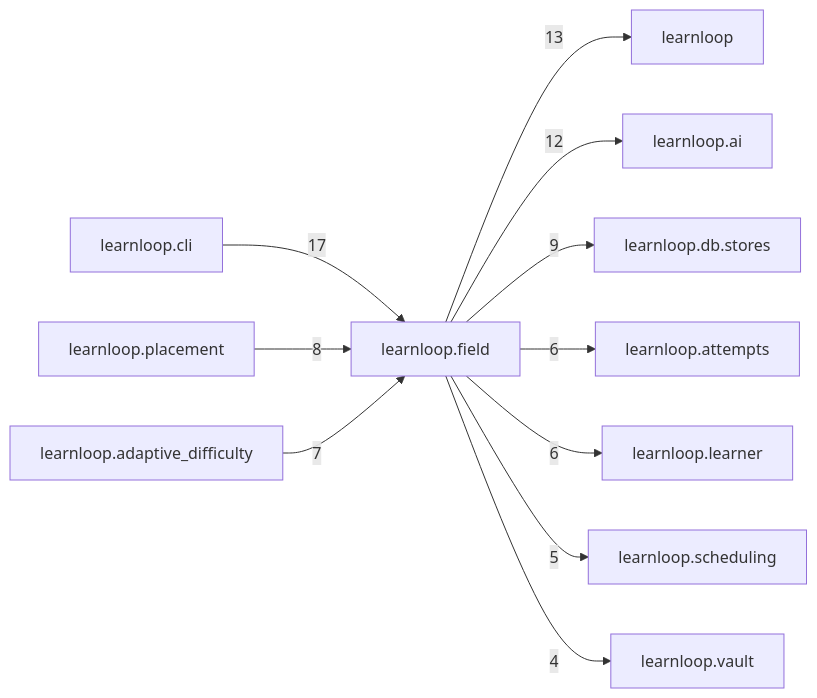
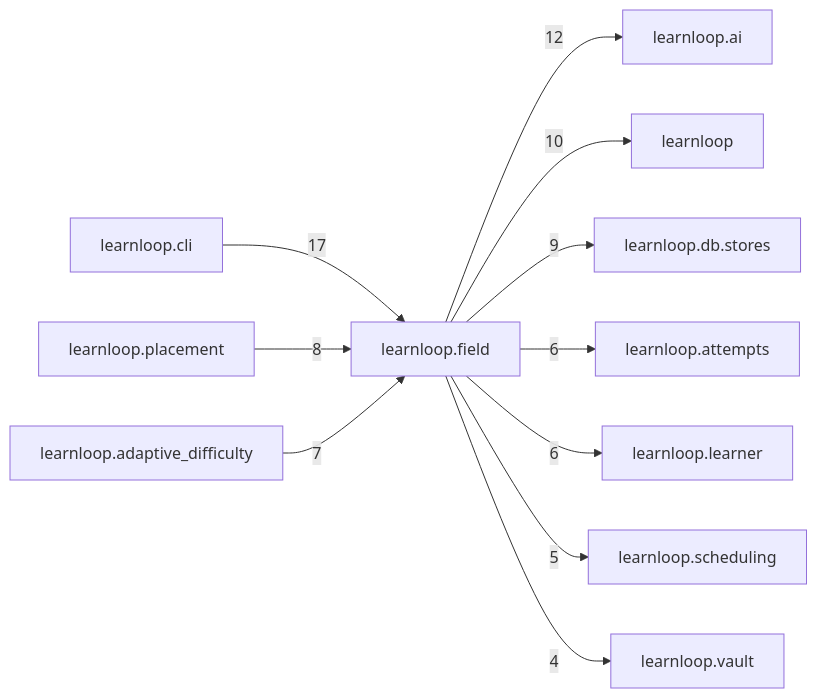
The diagram in docs/learnloop-architecture-vault/Reference/Modules/learnloop/field/_package.md (6up-b/learnanything), drawn with Mermaid before and after one commit. The commit also changed other lines of this file and 69 other files, not shown here.

````diff
--- a/docs/learnloop-architecture-vault/Reference/Modules/learnloop/field/_package.md
+++ b/docs/learnloop-architecture-vault/Reference/Modules/learnloop/field/_package.md
@@ -111,24 +111,24 @@
 ```mermaid
 flowchart LR
     center["learnloop.field"]
     n_learnloop_cli["learnloop.cli"]
+    n_learnloop_ai["learnloop.ai"]
     n_learnloop["learnloop"]
-    n_learnloop_ai["learnloop.ai"]
     n_learnloop_db_stores["learnloop.db.stores"]
     n_learnloop_placement["learnloop.placement"]
     n_learnloop_adaptive_difficulty["learnloop.adaptive_difficulty"]
     n_learnloop_attempts["learnloop.attempts"]
     n_learnloop_learner["learnloop.learner"]
     n_learnloop_scheduling["learnloop.scheduling"]
     n_learnloop_vault["learnloop.vault"]
     n_learnloop_cli -->|17| center
-    center -->|13| n_learnloop
     center -->|12| n_learnloop_ai
+    center -->|10| n_learnloop
     center -->|9| n_learnloop_db_stores
     n_learnloop_placement -->|8| center
     n_learnloop_adaptive_difficulty -->|7| center
     center -->|6| n_learnloop_attempts
     center -->|6| n_learnloop_learner
     center -->|5| n_learnloop_scheduling
     center -->|4| n_learnloop_vault
 ```
````
